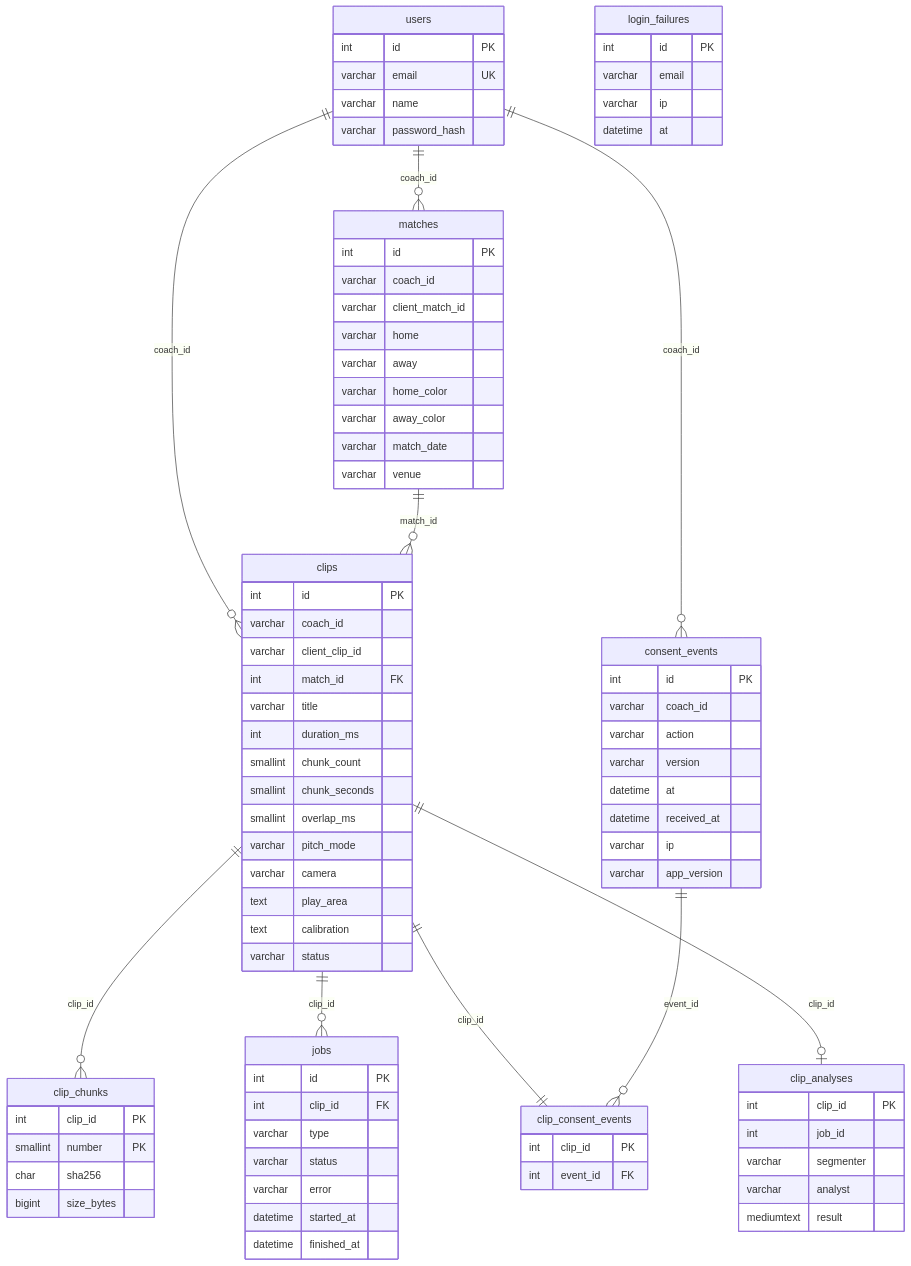
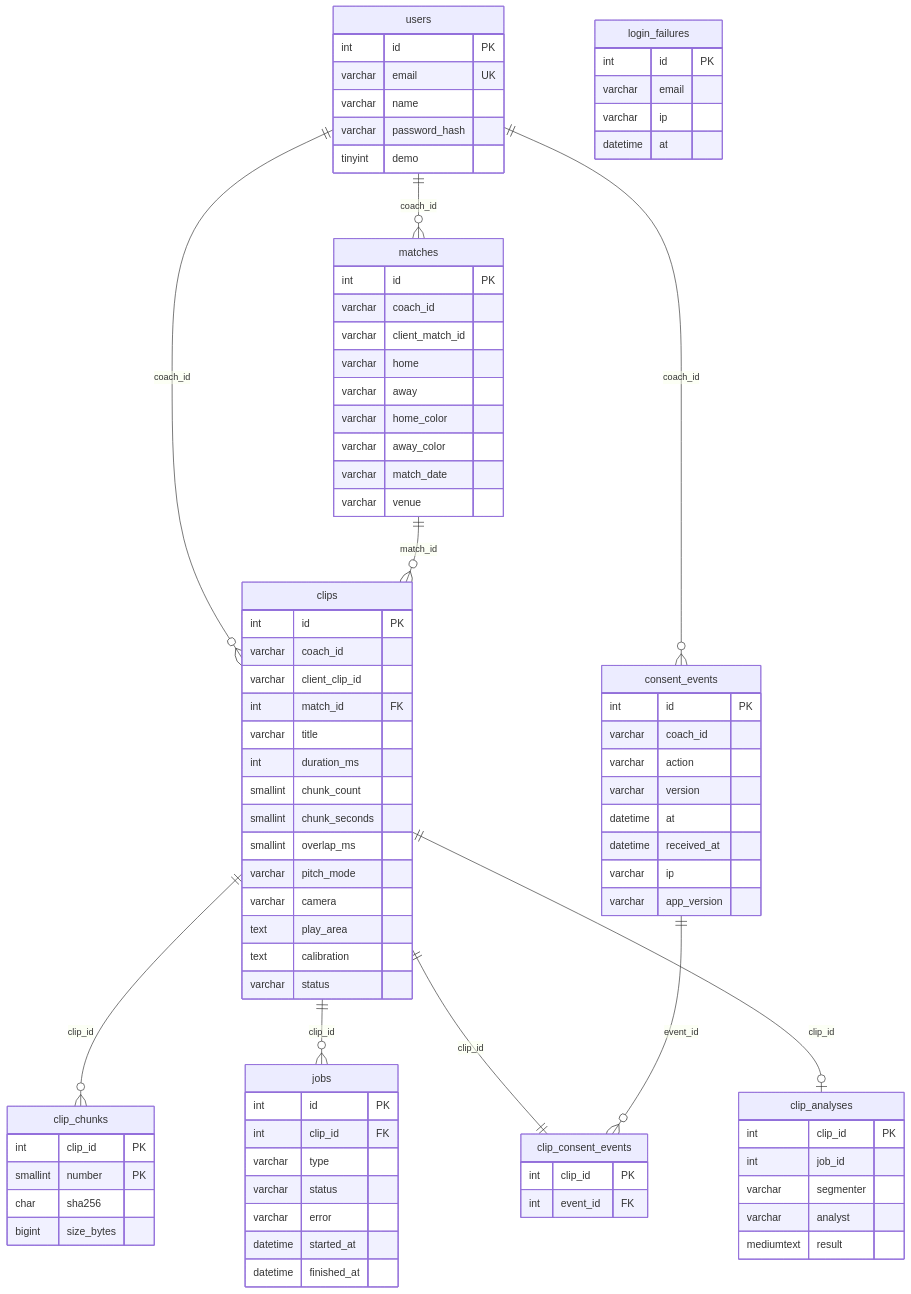
Before and after one commit to pepemxl/meta-ai-hackathon-2026: the second of 3 diagrams in docs/arquitectura/03-api.md, drawn with Mermaid. The commit also changed other lines of this file and 4 other files, not shown here.

```diff
--- a/docs/arquitectura/03-api.md
+++ b/docs/arquitectura/03-api.md
@@ -82,6 +84,7 @@
         varchar email UK
         varchar name
         varchar password_hash
+        tinyint demo
     }
     matches {
         int id PK
```
